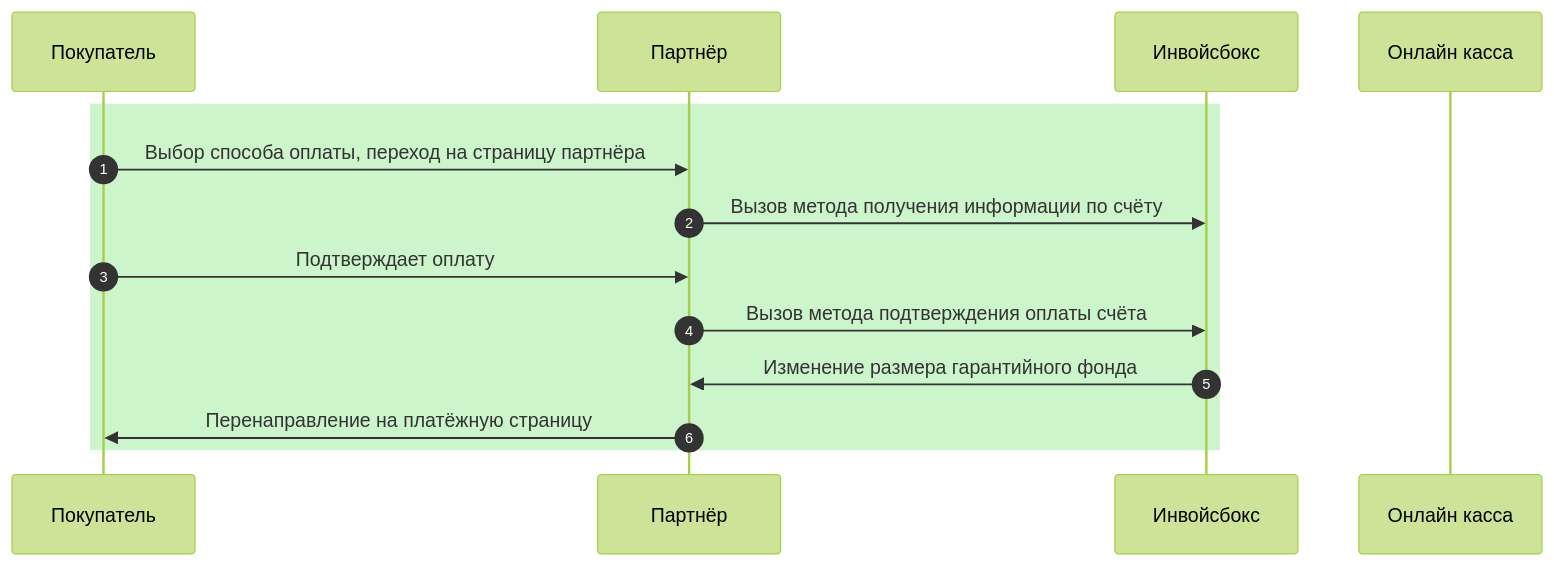
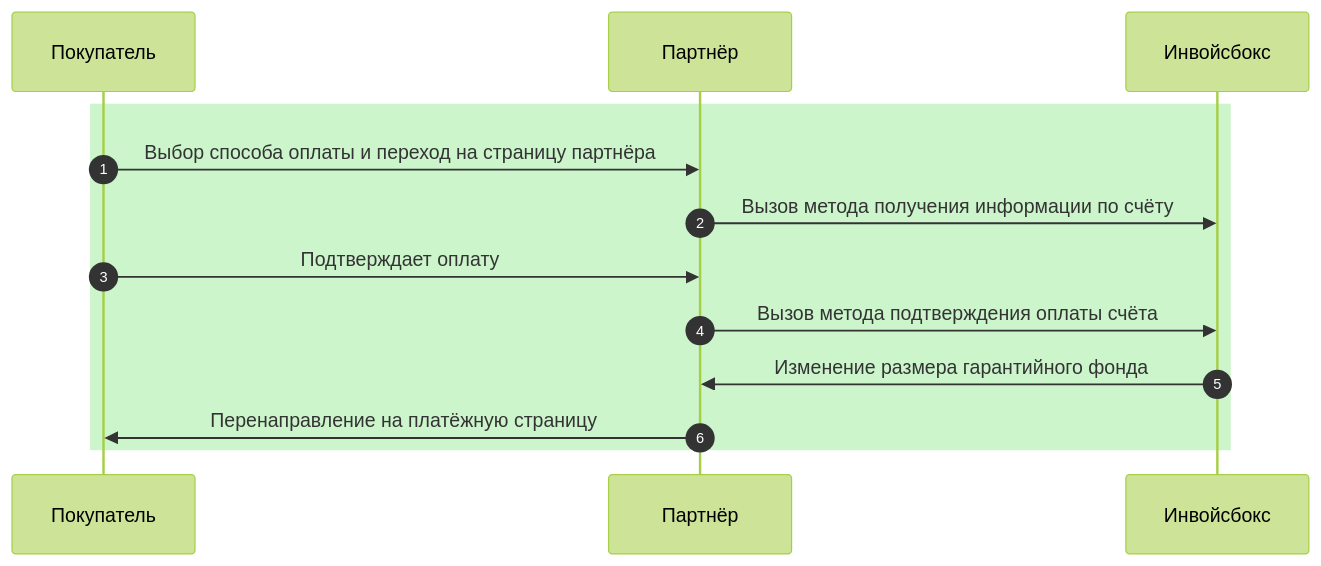
The diagram in docs/business/schema.md (YIGRIKY/invoicebox-docs), drawn with Mermaid (forest theme) before and after one commit.

Commit message:
Add schema

```diff
--- a/docs/business/schema.md
+++ b/docs/business/schema.md
@@ -10,16 +10,15 @@
 <div class="mermaid">
 sequenceDiagram
     autonumber
     participant Покупатель
     participant Партнёр
     participant Инвойсбокс 
-    participant Онлайн касса
     rect rgb(204, 245, 204)
-      Покупатель->>Партнёр: Выбор способа оплаты, переход на страницу партнёра
+      Покупатель->>Партнёр: Выбор способа оплаты и переход на страницу партнёра
       Партнёр->>Инвойсбокс: Вызов метода получения информации по счёту
       Покупатель->>Партнёр: Подтверждает оплату
       Партнёр->>Инвойсбокс: Вызов метода подтверждения оплаты счёта
       Инвойсбокс->>Партнёр: Изменение размера гарантийного фонда
       Партнёр->>Покупатель: Перенаправление на платёжную страницу
     end
 </div>
```
